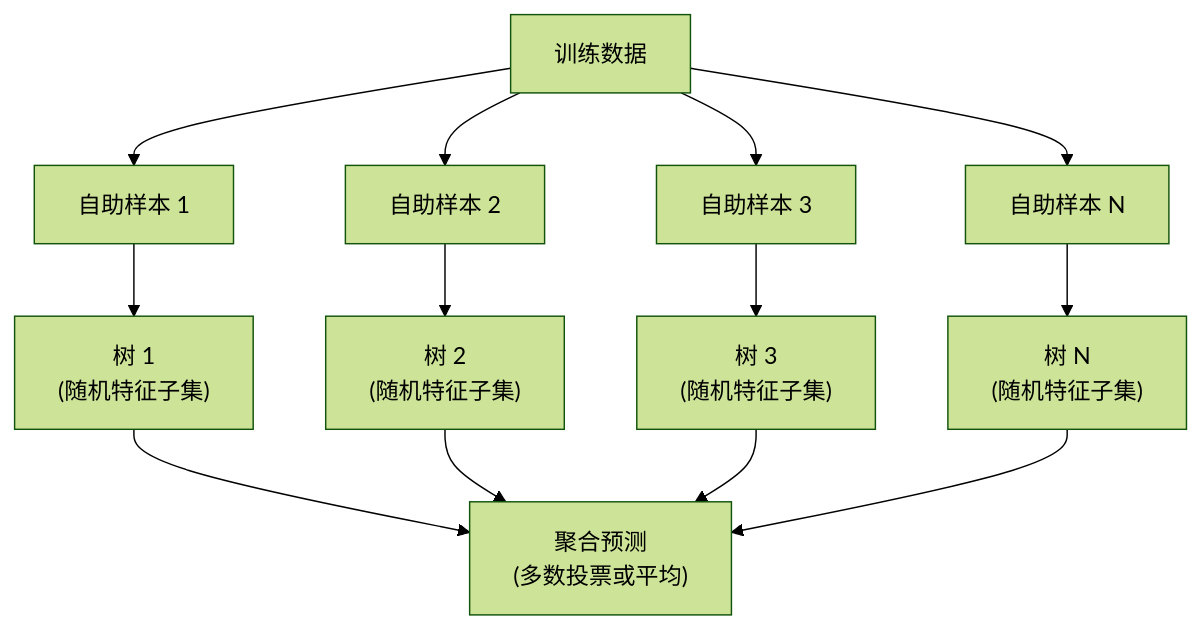
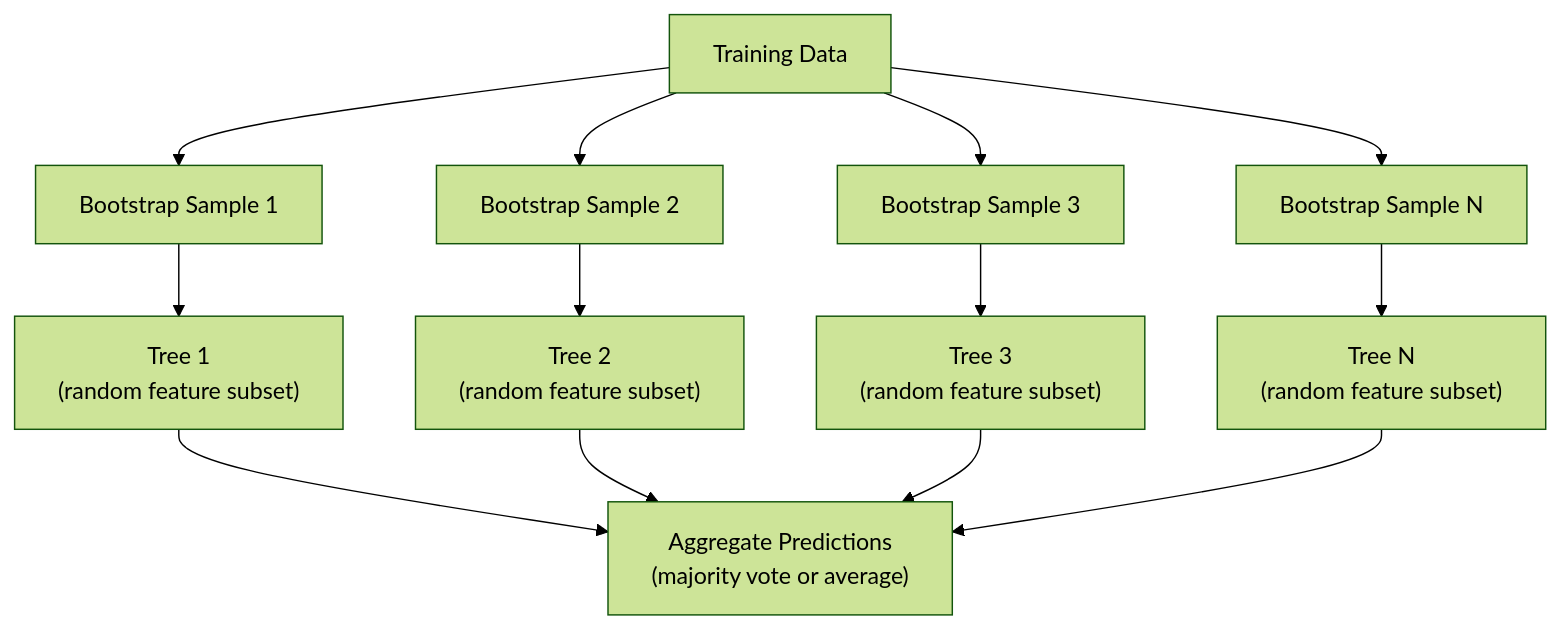
Before and after one commit to xiaojiaenen/ai-engineering-from-scratch-zh: the second of 2 diagrams in i18n/zh/phases/02-ml-fundamentals/04-decision-trees/docs/zh.md, drawn with Mermaid (forest theme). The commit also changed other lines of this file and 18 other files, not shown here.

````diff
--- a/i18n/zh/phases/02-ml-fundamentals/04-decision-trees/docs/zh.md
+++ b/i18n/zh/phases/02-ml-fundamentals/04-decision-trees/docs/zh.md
@@ -138,15 +138,15 @@
 ```mermaid
 graph TD
-    D["训练数据"] --> B1["自助样本 1"]
-    D --> B2["自助样本 2"]
-    D --> B3["自助样本 3"]
-    D --> BN["自助样本 N"]
-    B1 --> T1["树 1<br/>(随机特征子集)"]
-    B2 --> T2["树 2<br/>(随机特征子集)"]
-    B3 --> T3["树 3<br/>(随机特征子集)"]
-    BN --> TN["树 N<br/>(随机特征子集)"]
-    T1 --> V["聚合预测<br/>(多数投票或平均)"]
+    D["Training Data"] --> B1["Bootstrap Sample 1"]
+    D --> B2["Bootstrap Sample 2"]
+    D --> B3["Bootstrap Sample 3"]
+    D --> BN["Bootstrap Sample N"]
+    B1 --> T1["Tree 1<br>(random feature subset)"]
+    B2 --> T2["Tree 2<br>(random feature subset)"]
+    B3 --> T3["Tree 3<br>(random feature subset)"]
+    BN --> TN["Tree N<br>(random feature subset)"]
+    T1 --> V["Aggregate Predictions<br>(majority vote or average)"]
     T2 --> V
     T3 --> V
     TN --> V
 ```
````
